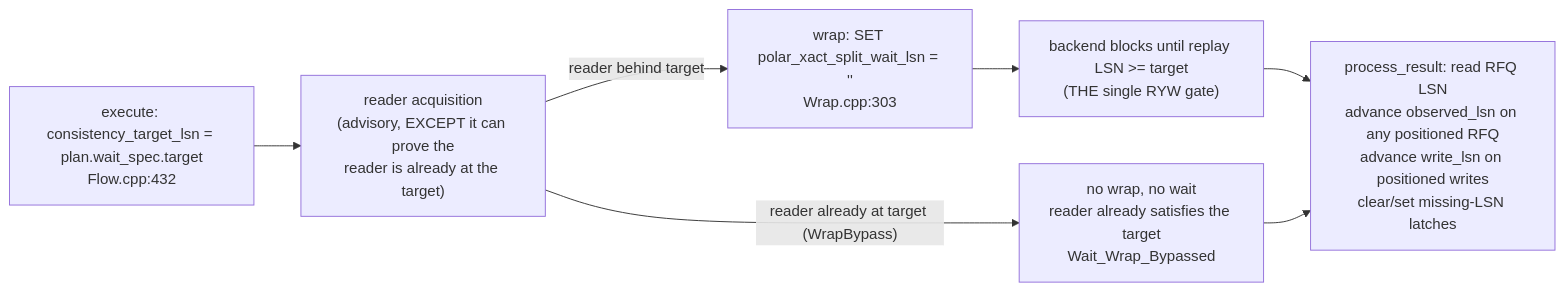
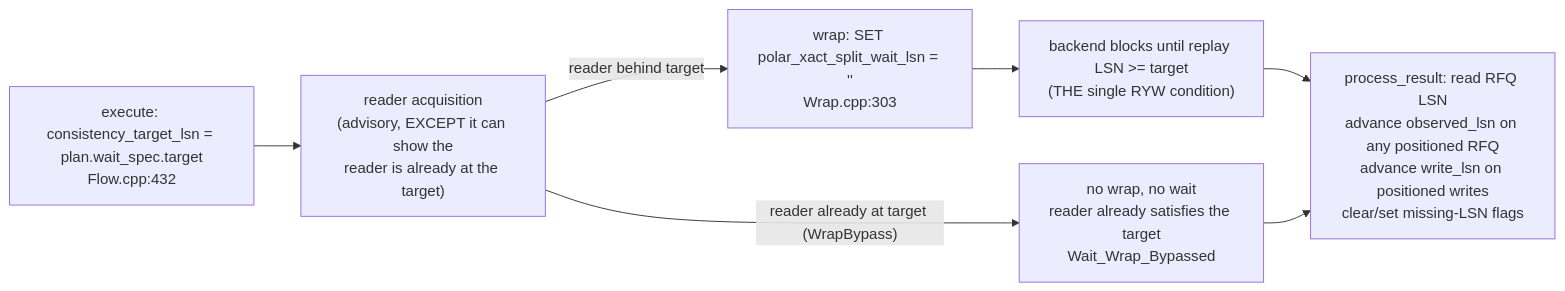
Before and after one commit to awide-labs/polar-proxy: the fourth of 4 diagrams in doc/polardb-arch/06-ROUTING-PIPELINE.md, drawn with Mermaid. The commit also changed other lines of this file and 13 other files, not shown here.

````diff
--- a/doc/polardb-arch/06-ROUTING-PIPELINE.md
+++ b/doc/polardb-arch/06-ROUTING-PIPELINE.md
@@ -1016,9 +1352,9 @@
 ```mermaid
 flowchart LR
-    A["execute: consistency_target_lsn = plan.wait_spec.target\nFlow.cpp:432"] --> B["reader acquisition\n(advisory, EXCEPT it can prove the\nreader is already at the target)"]
+    A["execute: consistency_target_lsn = plan.wait_spec.target\nFlow.cpp:432"] --> B["reader acquisition\n(advisory, EXCEPT it can show the\nreader is already at the target)"]
     B -- "reader behind target" --> C["wrap: SET polar_xact_split_wait_lsn = '<target>'\nWrap.cpp:303"]
-    C --> D["backend blocks until replay LSN >= target\n(THE single RYW gate)"]
+    C --> D["backend blocks until replay LSN >= target\n(THE single RYW condition)"]
     B -- "reader already at target (WrapBypass)" --> BY["no wrap, no wait\nreader already satisfies the target\nWait_Wrap_Bypassed"]
-    D --> E["process_result: read RFQ LSN\nadvance observed_lsn on any positioned RFQ\nadvance write_lsn on positioned writes\nclear/set missing-LSN latches"]
+    D --> E["process_result: read RFQ LSN\nadvance observed_lsn on any positioned RFQ\nadvance write_lsn on positioned writes\nclear/set missing-LSN flags"]
     BY --> E
 ```
````
